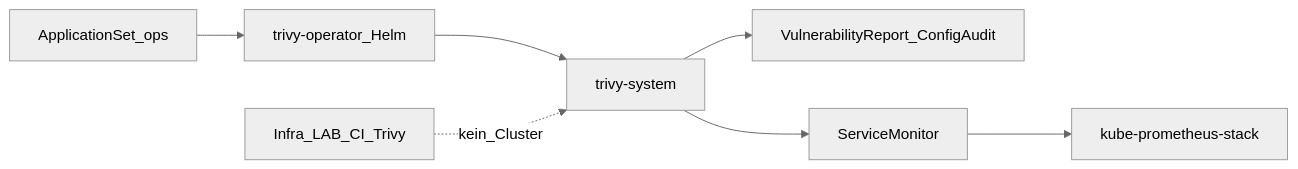
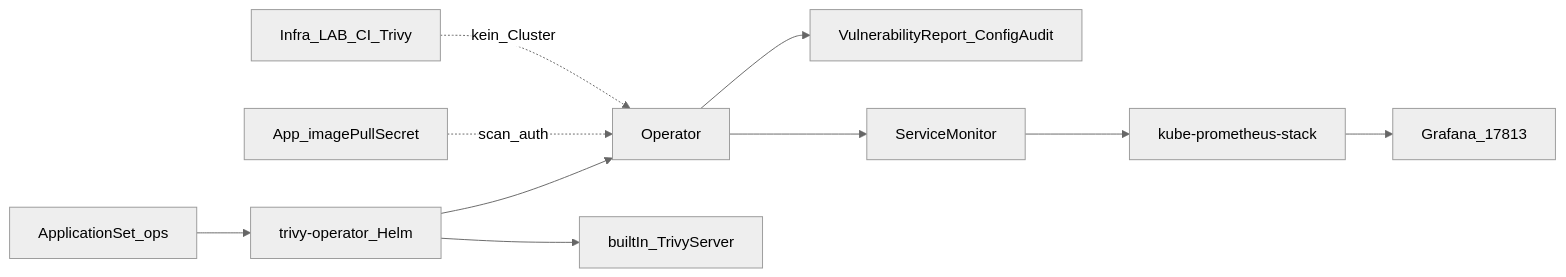
One commit to HenryHST/minilab changed the diagram in docs/adr/0031-trivy-operator.md. Above: the diagram before and after it, drawn with Mermaid (neutral theme). The commit also changed other lines of this file and 15 other files, not shown here.

First line of the commit message:
feat(trivy): harden operator for issue #91 (#107)

````diff
--- a/docs/adr/0031-trivy-operator.md
+++ b/docs/adr/0031-trivy-operator.md
@@ -23,9 +26,12 @@
 ```mermaid
 flowchart LR
   Argo[ApplicationSet_ops] --> Chart[trivy-operator_Helm]
-  Chart --> Op[trivy-system]
+  Chart --> Op[Operator]
+  Chart --> Srv[builtIn_TrivyServer]
   Op --> CRs[VulnerabilityReport_ConfigAudit]
   Op --> SM[ServiceMonitor]
   SM --> Prom[kube-prometheus-stack]
+  Prom --> Graf[Grafana_17813]
+  Workload[App_imagePullSecret] -.->|scan_auth| Op
   CI[Infra_LAB_CI_Trivy] -.->|kein_Cluster| Op
 ```
````
